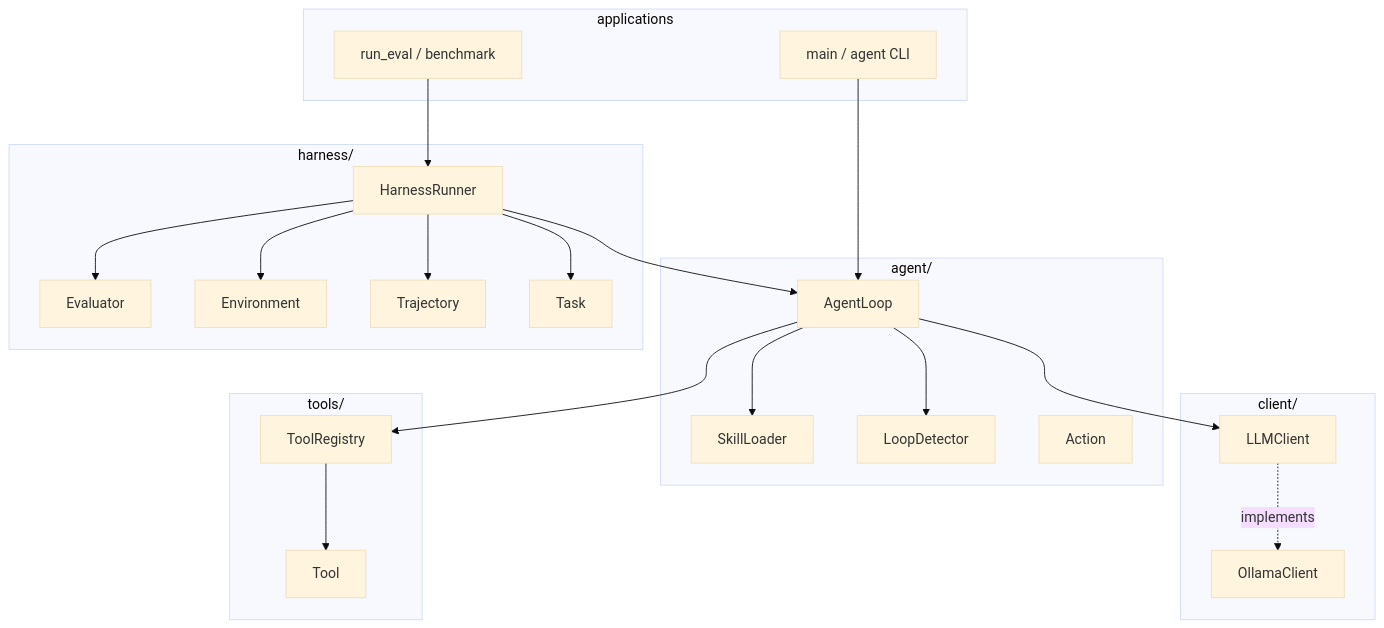
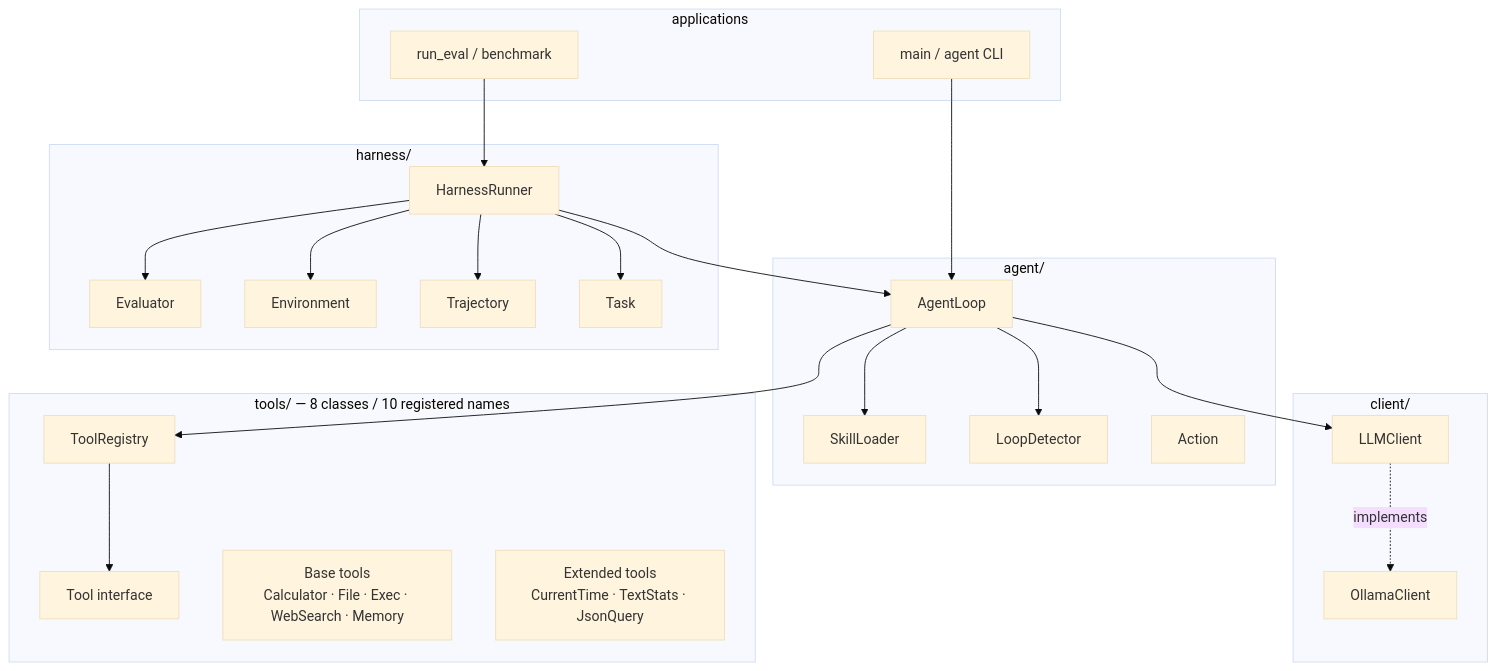
Before and after one commit to putindao/25127136_OopAgent: the fourth of 4 diagrams in docs/uml.md, drawn with Mermaid (base theme). The commit also changed other lines of this file and 18 other files, not shown here.

Commit message:
update sample output, slide, image and diagram

````diff
--- a/docs/uml.md
+++ b/docs/uml.md
@@ -188,40 +191,42 @@
 ```mermaid
 flowchart TD
     subgraph apps[applications]
         main[main / agent CLI]
         run_eval[run_eval / benchmark]
     end
     subgraph agent[agent/]
         AgentLoop
         SkillLoader
         LoopDetector
         Action
     end
     subgraph client[client/]
         LLMClient -. implements .-> OllamaClient
     end
-    subgraph tools[tools/]
-        Tool
+    subgraph tools[tools/ — 8 classes / 10 registered names]
+        Tool[Tool interface]
         ToolRegistry
+        BaseTools[Base tools<br/>Calculator · File · Exec · WebSearch · Memory]
+        ExtendedTools[Extended tools<br/>CurrentTime · TextStats · JsonQuery]
     end
     subgraph harness[harness/]
         HarnessRunner
         Evaluator
         Environment
         Trajectory
         Task
     end
 
     main --> AgentLoop
     run_eval --> HarnessRunner
     AgentLoop --> LLMClient
     AgentLoop --> ToolRegistry
     AgentLoop --> SkillLoader
     AgentLoop --> LoopDetector
     ToolRegistry --> Tool
     HarnessRunner --> AgentLoop
     HarnessRunner --> Evaluator
     HarnessRunner --> Environment
     HarnessRunner --> Trajectory
     HarnessRunner --> Task
 ```
````
